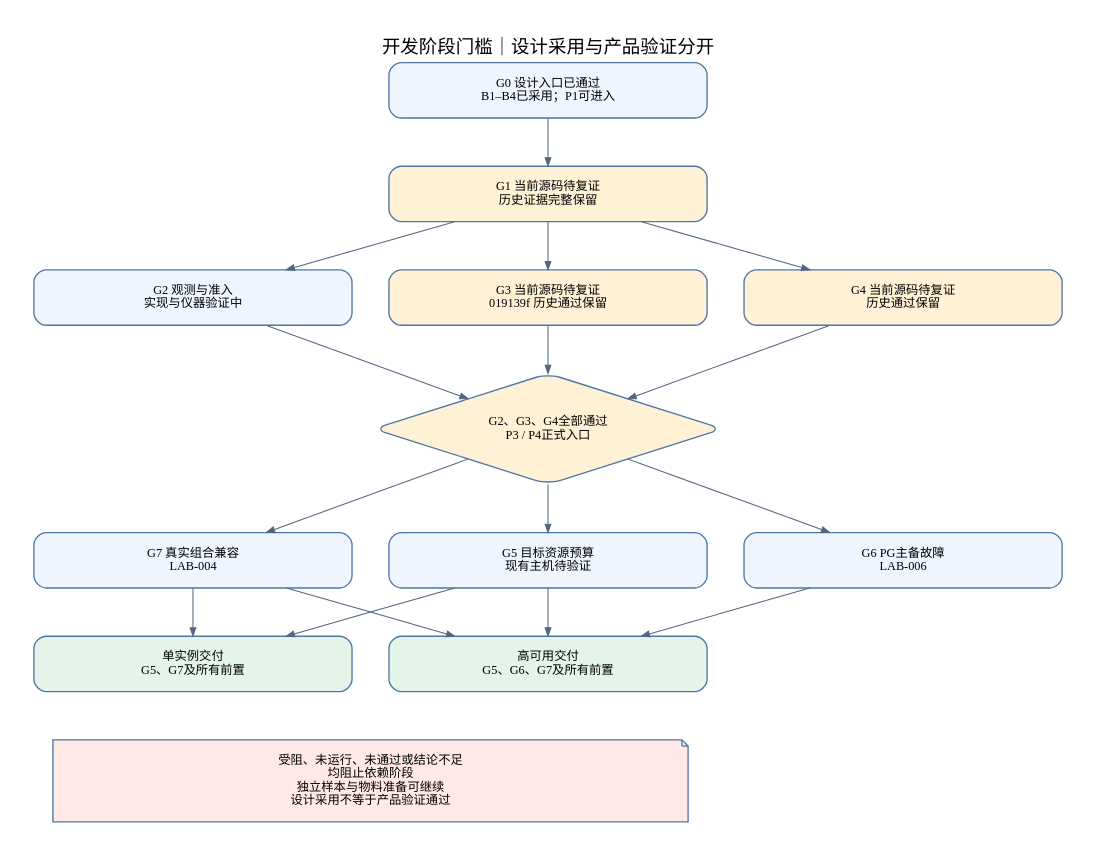
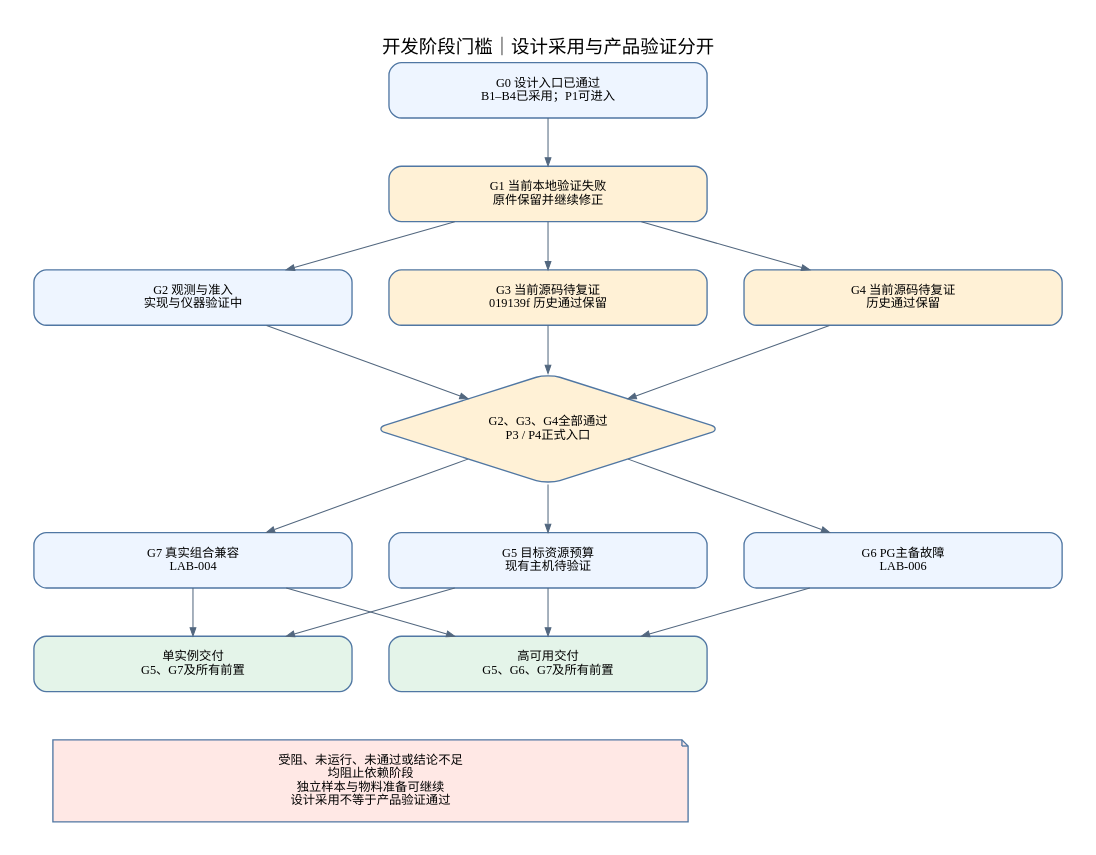
The diagram in docs/architecture/diagrams/v0.7/06-delivery-dependencies.dot (wyw-ai/loom-oi), drawn with Graphviz before and after one commit. The commit also changed 16 other files, not shown here.

```diff
--- a/docs/architecture/diagrams/v0.7/06-delivery-dependencies.dot
+++ b/docs/architecture/diagrams/v0.7/06-delivery-dependencies.dot
@@ -1,23 +1,23 @@
 digraph G {
 graph [bgcolor="white",pad="0.35",nodesep="0.5",ranksep="0.65",fontname="Noto Sans SC",fontsize=18,labelloc="t",splines=polyline];
 node [shape=box,style="rounded,filled",fillcolor="#eef5ff",color="#5077a3",fontname="Noto Sans SC",fontsize=12,width=4.3,margin="0.35,0.2",penwidth=1.3];
 edge [color="#52677f",fontname="Noto Sans SC",fontsize=10,arrowsize=0.8];
 rankdir=TB;label="开发阶段门槛｜设计采用与产品验证分开";
  g0[label="G0 设计入口已通过\nB1–B4已采用；P1可进入"];
- g1[label="G1 当前源码待复证\n历史证据完整保留",fillcolor="#fff1d6"];
+ g1[label="G1 当前本地验证失败\n原件保留并继续修正",fillcolor="#fff1d6"];
  g2[label="G2 观测与准入\n实现与仪器验证中"];
  g3[label="G3 当前源码待复证\n019139f 历史通过保留",fillcolor="#fff1d6"];
  g4[label="G4 当前源码待复证\n历史通过保留",fillcolor="#fff1d6"];
  gate[label="G2、G3、G4全部通过\nP3 / P4正式入口",shape=diamond,fillcolor="#fff1d6"];
  g5[label="G5 目标资源预算\n现有主机待验证"];
  g6[label="G6 PG主备故障\nLAB-006"];
  g7[label="G7 真实组合兼容\nLAB-004"];
  single[label="单实例交付\nG5、G7及所有前置",fillcolor="#e4f4e9"];
  ha[label="高可用交付\nG5、G6、G7及所有前置",fillcolor="#e4f4e9"];
  g0->g1;g1->g2;g1->g3;g1->g4;{rank=same;g2;g3;g4;}
  g2->gate;g3->gate;g4->gate;gate->g5;gate->g6;gate->g7;{rank=same;g5;g6;g7;}
  g5->single;g7->single;g5->ha;g6->ha;g7->ha;
  note[label="受阻、未运行、未通过或结论不足\n均阻止依赖阶段\n独立样本与物料准备可继续\n设计采用不等于产品验证通过",width=8.6,shape=note,fillcolor="#ffe8e5"];
  single->note[style=invis];ha->note[style=invis];
 
 }
```
